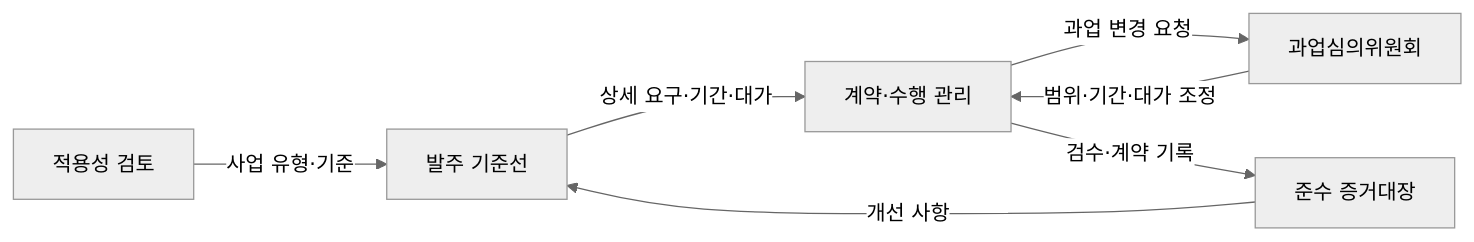
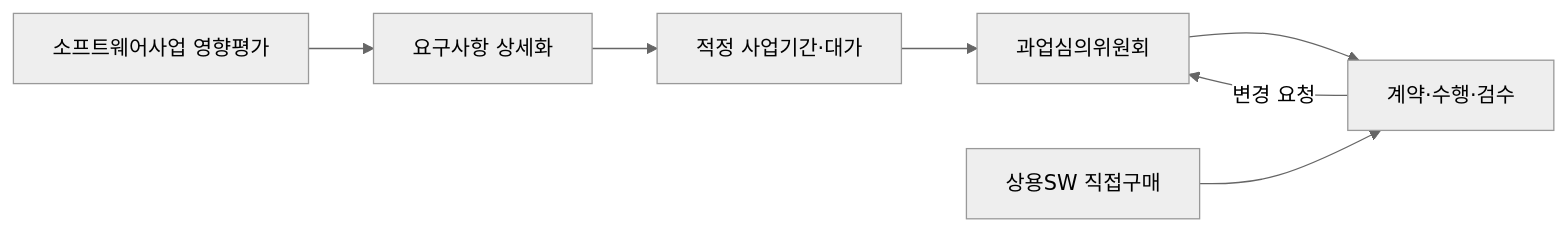
Before and after one commit to agnusdei1207/knowledge-base: the first of 2 diagrams in src/content/docs/notes/03-software/227_software_promotion_act.md, drawn with Mermaid (neutral theme). The commit also changed other lines of this file and 1 other file, not shown here.

````diff
--- a/src/content/docs/notes/03-software/227_software_promotion_act.md
+++ b/src/content/docs/notes/03-software/227_software_promotion_act.md
@@ -54,9 +54,9 @@
 ```mermaid
 flowchart LR
-    A["적용성 검토"] -->|사업 유형·기준| B["발주 기준선"]
-    B -->|상세 요구·기간·대가| C["계약·수행 관리"]
-    C -->|과업 변경 요청| D["과업심의위원회"]
-    D -->|범위·기간·대가 조정| C
-    C -->|검수·계약 기록| E["준수 증거대장"]
-    E -->|개선 사항| B
+    A["소프트웨어사업 영향평가"] --> B["요구사항 상세화"]
+    B --> C["적정 사업기간·대가"]
+    C --> D["과업심의위원회"]
+    D --> E["계약·수행·검수"]
+    E -->|변경 요청| D
+    F["상용SW 직접구매"] --> E
 ```
````
